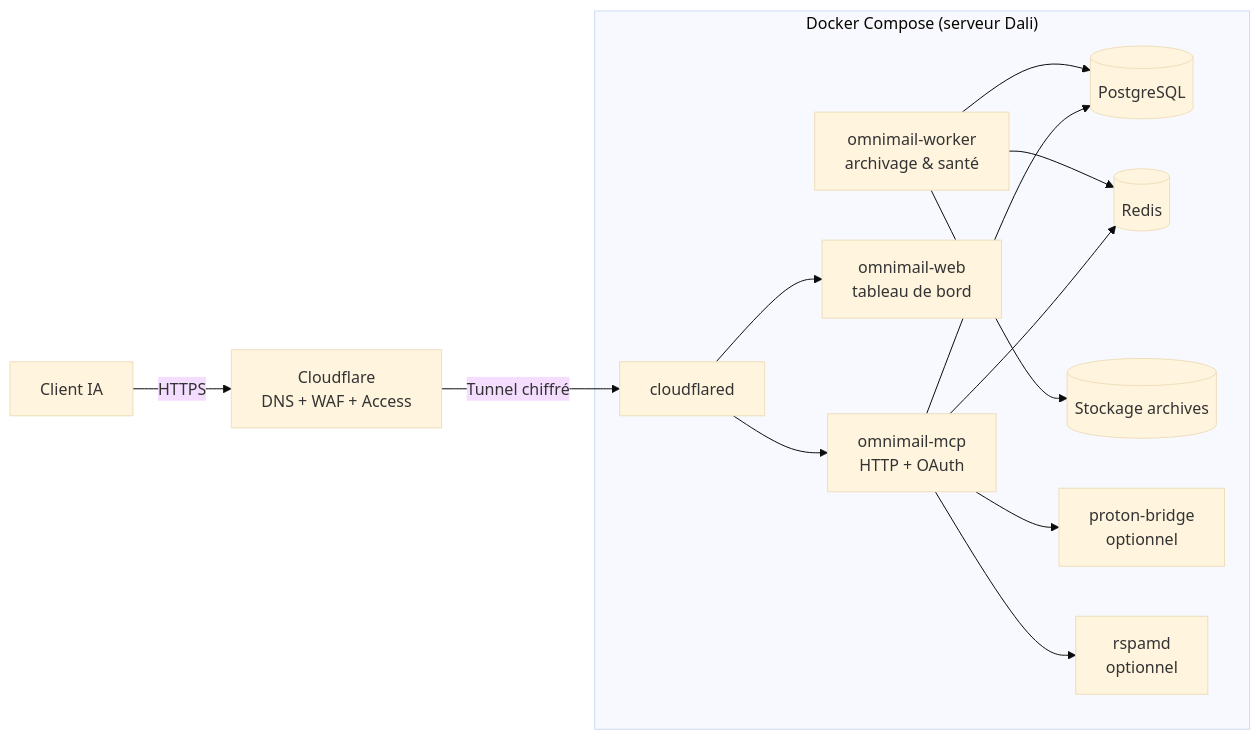
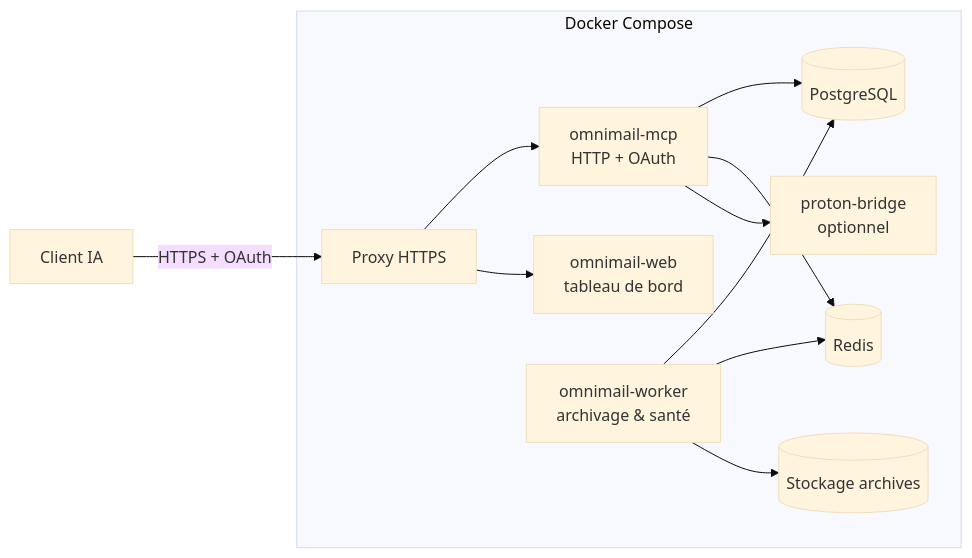
Before and after one commit to BenMacha/omnimail-mcp: the second of 2 diagrams in docs/PLAN.md, drawn with Mermaid (base theme). The commit also changed other lines of this file and 47 other files, not shown here.

First line of the commit message:
feat: serveur MCP local multi-comptes avec désabonnement, classement et nettoyage

````diff
--- a/docs/PLAN.md
+++ b/docs/PLAN.md
@@ -155,16 +157,14 @@
 ```mermaid
 flowchart LR
-  U[Client IA] -->|HTTPS| CF[Cloudflare<br/>DNS + WAF + Access]
-  CF -->|Tunnel chiffré| CD[cloudflared]
-  subgraph Docker["Docker Compose (serveur Dali)"]
-    CD --> GW[omnimail-mcp<br/>HTTP + OAuth]
-    CD --> WEB[omnimail-web<br/>tableau de bord]
+  U[Client IA] -->|HTTPS + OAuth| RP[Proxy HTTPS]
+  subgraph Docker["Docker Compose"]
+    RP --> GW[omnimail-mcp<br/>HTTP + OAuth]
+    RP --> WEB[omnimail-web<br/>tableau de bord]
     GW --> PG[(PostgreSQL)]
     GW --> RD[(Redis)]
     WK[omnimail-worker<br/>archivage & santé] --> PG
     WK --> RD
     WK --> S3[(Stockage archives)]
     GW --> PB[proton-bridge<br/>optionnel]
-    GW --> RS[rspamd<br/>optionnel]
   end
 ```
````
